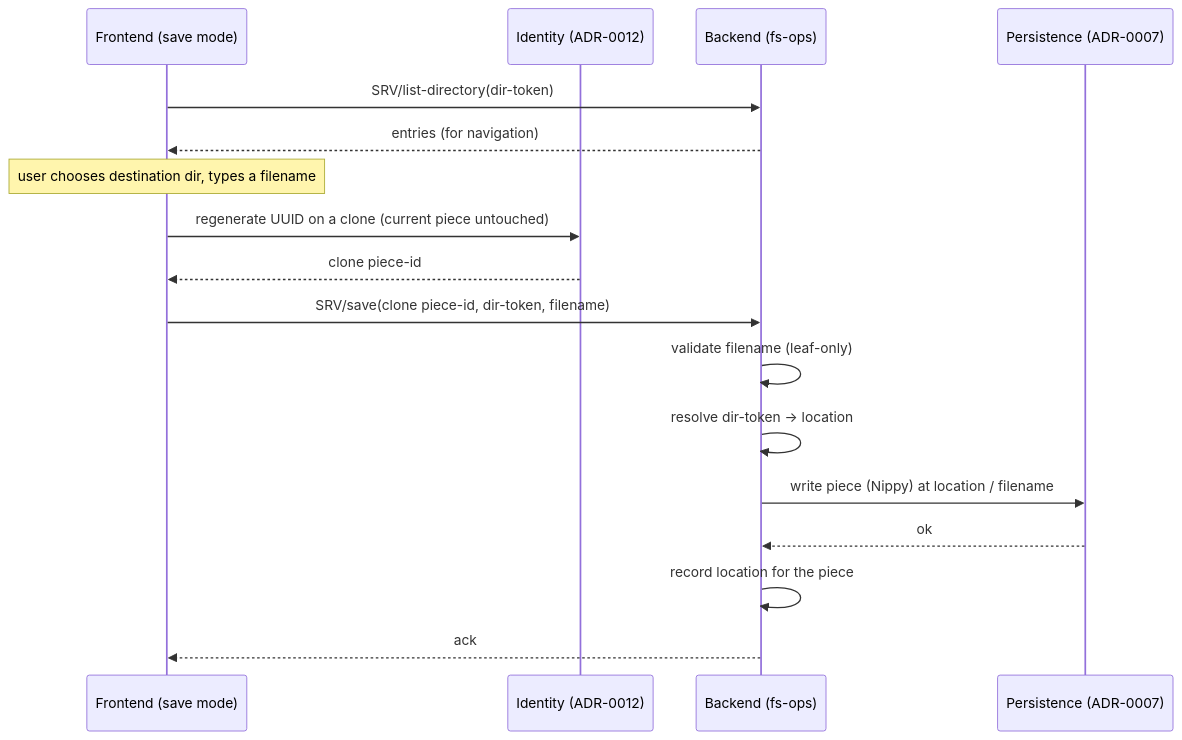
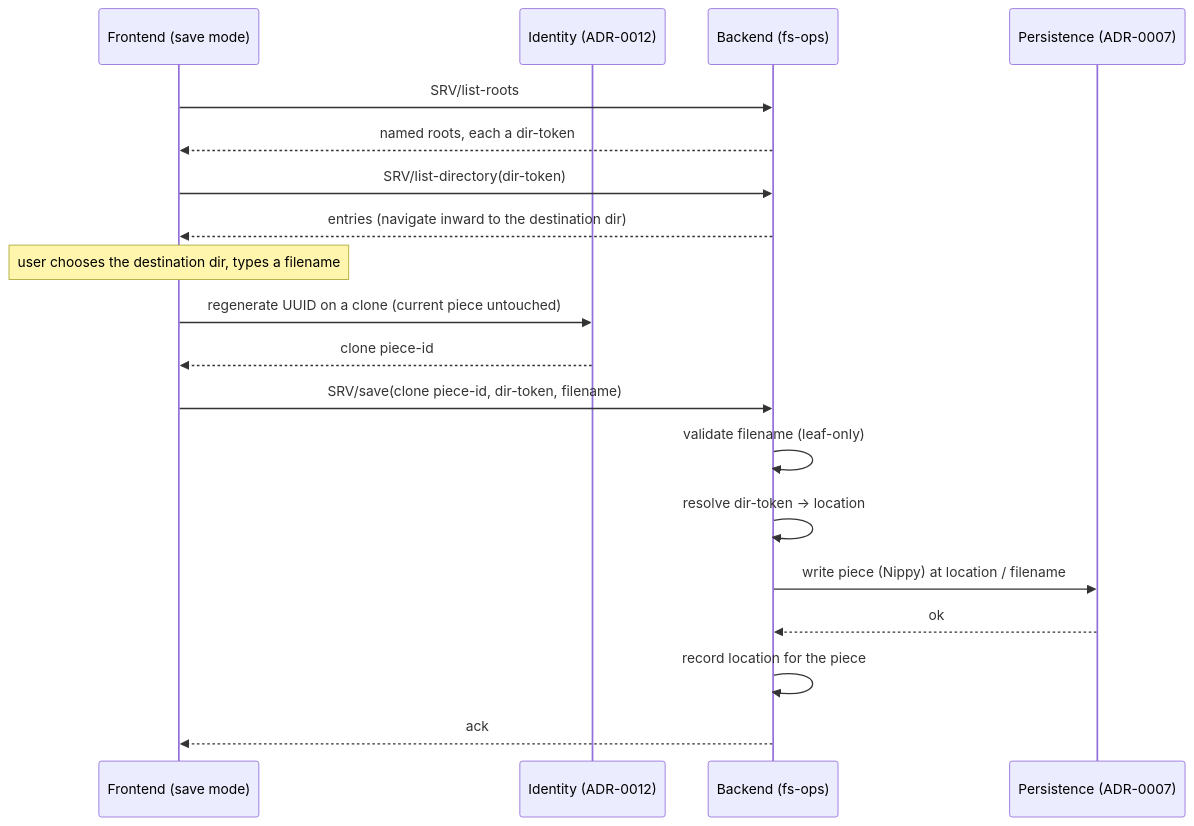
Before and after one commit to PeterBengtson/Ooloi-docs: the fourth of 4 diagrams in ADRs/0051-Filesystem-Operations-Real-and-Virtual.md, drawn with Mermaid. The commit also changed other lines of this file and 3 other files, not shown here.

````diff
--- a/ADRs/0051-Filesystem-Operations-Real-and-Virtual.md
+++ b/ADRs/0051-Filesystem-Operations-Real-and-Virtual.md
@@ -188,19 +198,21 @@
 ```mermaid
 sequenceDiagram
     participant F as Frontend (save mode)
     participant ID as Identity (ADR-0012)
     participant B as Backend (fs-ops)
     participant P as Persistence (ADR-0007)
+    F->>B: SRV/list-roots
+    B-->>F: named roots, each a dir-token
     F->>B: SRV/list-directory(dir-token)
-    B-->>F: entries (for navigation)
-    Note over F: user chooses destination dir, types a filename
+    B-->>F: entries (navigate inward to the destination dir)
+    Note over F: user chooses the destination dir, types a filename
     F->>ID: regenerate UUID on a clone (current piece untouched)
     ID-->>F: clone piece-id
     F->>B: SRV/save(clone piece-id, dir-token, filename)
     B->>B: validate filename (leaf-only)
     B->>B: resolve dir-token → location
     B->>P: write piece (Nippy) at location / filename
     P-->>B: ok
     B->>B: record location for the piece
     B-->>F: ack
 ```
````
